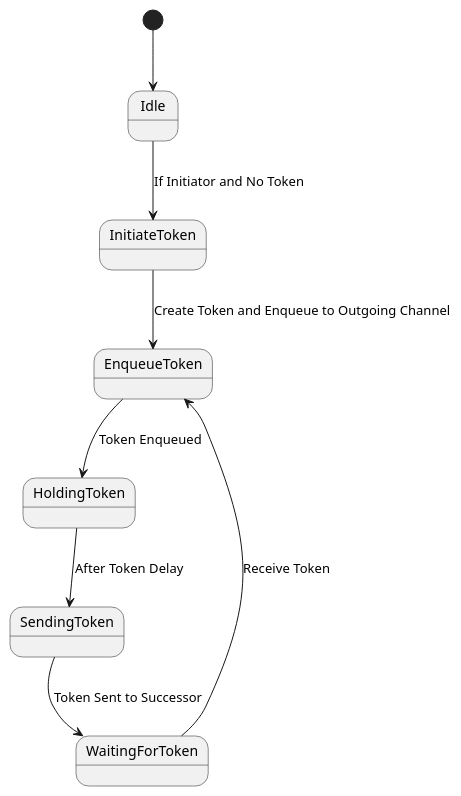
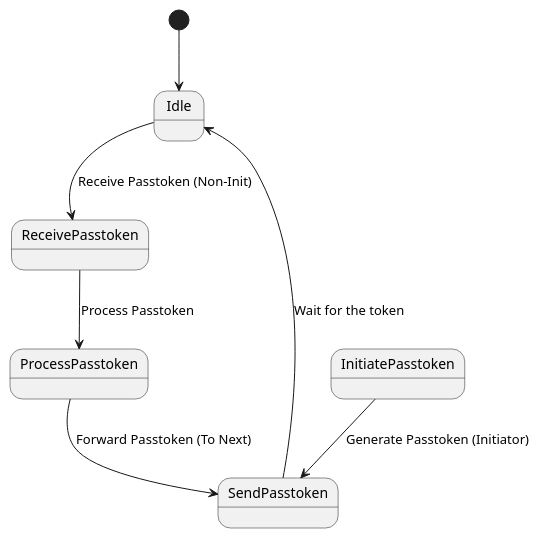
The first of 2 diagrams in Class/CS7610/Lab2 Plant UML.md (beom529/notes), drawn with PlantUML before and after one commit.

Commit message:
vault backup: 2024-10-09 14:23:11

```diff
--- a/Class/CS7610/Lab2 Plant UML.md
+++ b/Class/CS7610/Lab2 Plant UML.md
@@ -2,12 +2,11 @@
 @startuml
 [*] --> Idle
 
-Idle --> InitiateToken : If Initiator and No Token
-InitiateToken --> EnqueueToken : Create Token and Enqueue to Outgoing Channel
-EnqueueToken --> HoldingToken : Token Enqueued
+InitiatePasstoken --> SendPasstoken : Generate Passtoken (Initiator)
 
-HoldingToken --> SendingToken : After Token Delay
 
-WaitingForToken --> EnqueueToken : Receive Token
-SendingToken --> WaitingForToken : Token Sent to Successor
+Idle --> ReceivePasstoken : Receive Passtoken (Non-Init)
+ReceivePasstoken --> ProcessPasstoken : Process Passtoken
+ProcessPasstoken --> SendPasstoken : Forward Passtoken (To Next)
+SendPasstoken --> Idle : Wait for the token
 @enduml
```
